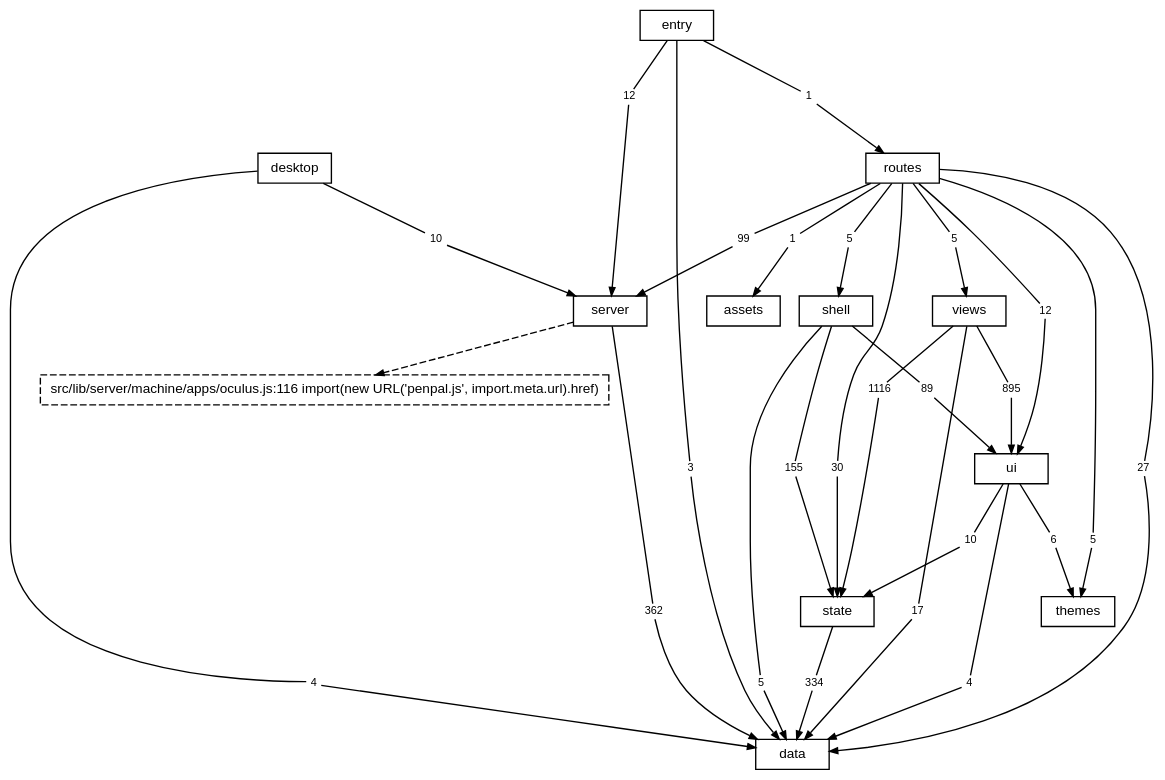
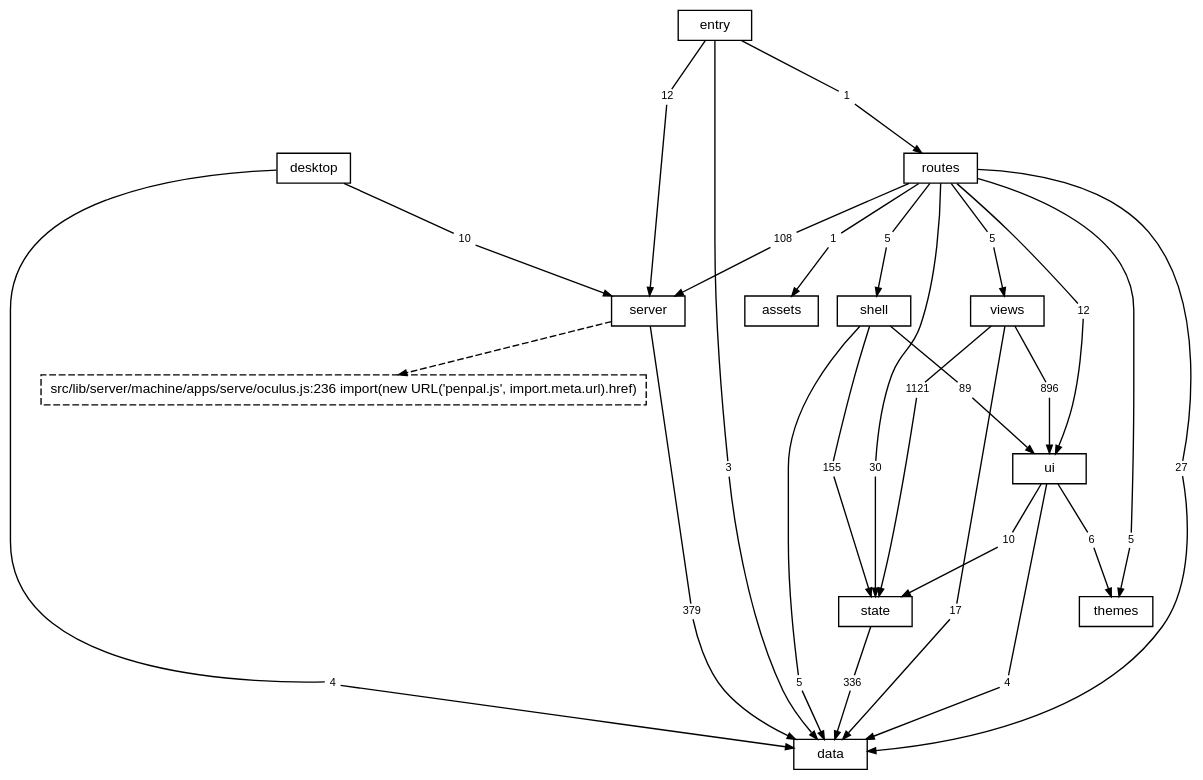
One commit to TheAxeC/oculus changed the diagram in docs/diagrams/layers.dot. Above: the diagram before and after it, drawn with Graphviz. The commit also changed 143 other files, not shown here.

```diff
--- a/docs/diagrams/layers.dot
+++ b/docs/diagrams/layers.dot
@@ -1,90 +1,90 @@
 digraph layers {
     graph [bgcolor="transparent", rankdir=TB, newrank=true, fontname="Helvetica,Arial,sans-serif", fontsize=12, nodesep=0.2, ranksep=0.5];
     node [shape=box, color="black", fontcolor="black", fontname="Helvetica,Arial,sans-serif", fontsize=10, height=0.3, margin="0.12,0.04"];
     edge [color="black", fontcolor="black", fontname="Helvetica,Arial,sans-serif", fontsize=8, arrowsize=0.6];
     "data";
     "server";
     "state";
     "ui";
     "shell";
     "views";
     "themes";
     "routes";
     "desktop";
     "src" [label="entry"];
     "files: assets" [label="assets"];
-    "? src/lib/server/machine/apps/oculus.js:116" [label="src/lib/server/machine/apps/oculus.js:116 import(new URL('penpal.js', import.meta.url).href)", style=dashed];
+    "? src/lib/server/machine/apps/serve/oculus.js:236" [label="src/lib/server/machine/apps/serve/oculus.js:236 import(new URL('penpal.js', import.meta.url).href)", style=dashed];
     "desktop to data" [label="4", shape=box, color="transparent", fontsize=8, width=0, height=0, margin="0.04,0.02"];
     "desktop" -> "desktop to data" [arrowhead=none];
     "desktop to data" -> "data" [];
     "desktop to server" [label="10", shape=box, color="transparent", fontsize=8, width=0, height=0, margin="0.04,0.02"];
     "desktop" -> "desktop to server" [arrowhead=none];
     "desktop to server" -> "server" [];
     "routes to data" [label="27", shape=box, color="transparent", fontsize=8, width=0, height=0, margin="0.04,0.02"];
     "routes" -> "routes to data" [arrowhead=none];
     "routes to data" -> "data" [];
     "routes to files: assets" [label="1", shape=box, color="transparent", fontsize=8, width=0, height=0, margin="0.04,0.02"];
     "routes" -> "routes to files: assets" [arrowhead=none];
     "routes to files: assets" -> "files: assets" [];
-    "routes to server" [label="99", shape=box, color="transparent", fontsize=8, width=0, height=0, margin="0.04,0.02"];
+    "routes to server" [label="108", shape=box, color="transparent", fontsize=8, width=0, height=0, margin="0.04,0.02"];
     "routes" -> "routes to server" [arrowhead=none];
     "routes to server" -> "server" [];
     "routes to shell" [label="5", shape=box, color="transparent", fontsize=8, width=0, height=0, margin="0.04,0.02"];
     "routes" -> "routes to shell" [arrowhead=none];
     "routes to shell" -> "shell" [];
     "routes to state" [label="30", shape=box, color="transparent", fontsize=8, width=0, height=0, margin="0.04,0.02"];
     "routes" -> "routes to state" [arrowhead=none];
     "routes to state" -> "state" [];
     "routes to themes" [label="5", shape=box, color="transparent", fontsize=8, width=0, height=0, margin="0.04,0.02"];
     "routes" -> "routes to themes" [arrowhead=none];
     "routes to themes" -> "themes" [];
     "routes to ui" [label="12", shape=box, color="transparent", fontsize=8, width=0, height=0, margin="0.04,0.02"];
     "routes" -> "routes to ui" [arrowhead=none];
     "routes to ui" -> "ui" [];
     "routes to views" [label="5", shape=box, color="transparent", fontsize=8, width=0, height=0, margin="0.04,0.02"];
     "routes" -> "routes to views" [arrowhead=none];
     "routes to views" -> "views" [];
-    "server to data" [label="362", shape=box, color="transparent", fontsize=8, width=0, height=0, margin="0.04,0.02"];
+    "server to data" [label="379", shape=box, color="transparent", fontsize=8, width=0, height=0, margin="0.04,0.02"];
     "server" -> "server to data" [arrowhead=none];
     "server to data" -> "data" [];
     "shell to data" [label="5", shape=box, color="transparent", fontsize=8, width=0, height=0, margin="0.04,0.02"];
     "shell" -> "shell to data" [arrowhead=none];
     "shell to data" -> "data" [];
     "shell to state" [label="155", shape=box, color="transparent", fontsize=8, width=0, height=0, margin="0.04,0.02"];
     "shell" -> "shell to state" [arrowhead=none];
     "shell to state" -> "state" [];
     "shell to ui" [label="89", shape=box, color="transparent", fontsize=8, width=0, height=0, margin="0.04,0.02"];
     "shell" -> "shell to ui" [arrowhead=none];
     "shell to ui" -> "ui" [];
     "src to data" [label="3", shape=box, color="transparent", fontsize=8, width=0, height=0, margin="0.04,0.02"];
     "src" -> "src to data" [arrowhead=none];
     "src to data" -> "data" [];
     "src to routes" [label="1", shape=box, color="transparent", fontsize=8, width=0, height=0, margin="0.04,0.02"];
     "src" -> "src to routes" [arrowhead=none];
     "src to routes" -> "routes" [];
     "src to server" [label="12", shape=box, color="transparent", fontsize=8, width=0, height=0, margin="0.04,0.02"];
     "src" -> "src to server" [arrowhead=none];
     "src to server" -> "server" [];
-    "state to data" [label="334", shape=box, color="transparent", fontsize=8, width=0, height=0, margin="0.04,0.02"];
+    "state to data" [label="336", shape=box, color="transparent", fontsize=8, width=0, height=0, margin="0.04,0.02"];
     "state" -> "state to data" [arrowhead=none];
     "state to data" -> "data" [];
     "ui to data" [label="4", shape=box, color="transparent", fontsize=8, width=0, height=0, margin="0.04,0.02"];
     "ui" -> "ui to data" [arrowhead=none];
     "ui to data" -> "data" [];
     "ui to state" [label="10", shape=box, color="transparent", fontsize=8, width=0, height=0, margin="0.04,0.02"];
     "ui" -> "ui to state" [arrowhead=none];
     "ui to state" -> "state" [];
     "ui to themes" [label="6", shape=box, color="transparent", fontsize=8, width=0, height=0, margin="0.04,0.02"];
     "ui" -> "ui to themes" [arrowhead=none];
     "ui to themes" -> "themes" [];
     "views to data" [label="17", shape=box, color="transparent", fontsize=8, width=0, height=0, margin="0.04,0.02"];
     "views" -> "views to data" [arrowhead=none];
     "views to data" -> "data" [];
-    "views to state" [label="1116", shape=box, color="transparent", fontsize=8, width=0, height=0, margin="0.04,0.02"];
+    "views to state" [label="1121", shape=box, color="transparent", fontsize=8, width=0, height=0, margin="0.04,0.02"];
     "views" -> "views to state" [arrowhead=none];
     "views to state" -> "state" [];
-    "views to ui" [label="895", shape=box, color="transparent", fontsize=8, width=0, height=0, margin="0.04,0.02"];
+    "views to ui" [label="896", shape=box, color="transparent", fontsize=8, width=0, height=0, margin="0.04,0.02"];
     "views" -> "views to ui" [arrowhead=none];
     "views to ui" -> "ui" [];
-    "server" -> "? src/lib/server/machine/apps/oculus.js:116" [style=dashed];
+    "server" -> "? src/lib/server/machine/apps/serve/oculus.js:236" [style=dashed];
 }
```
